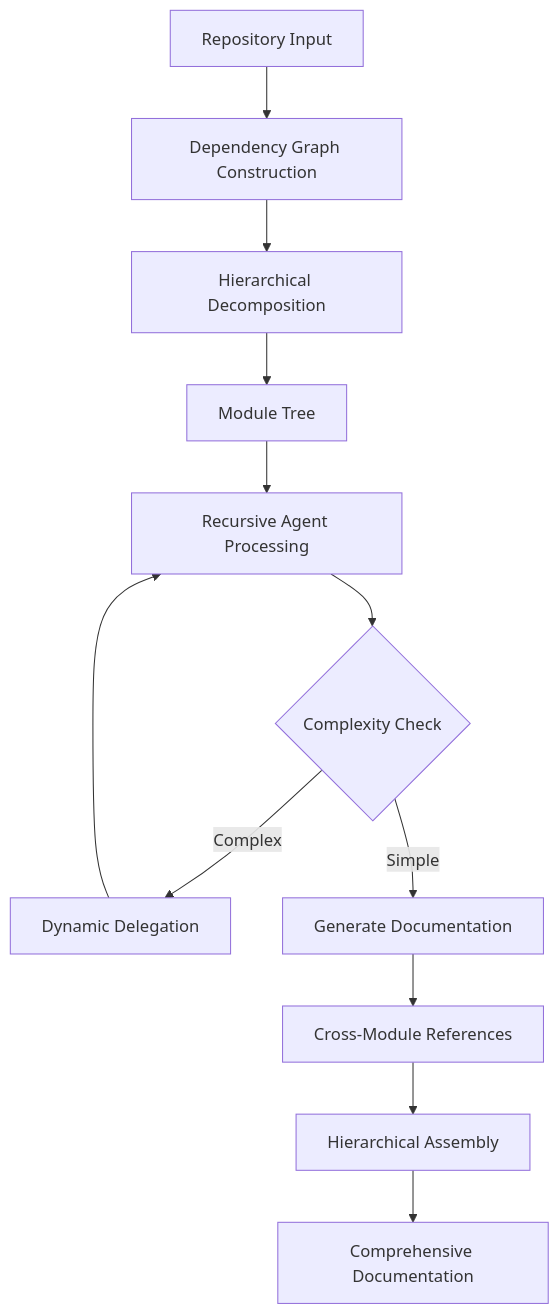
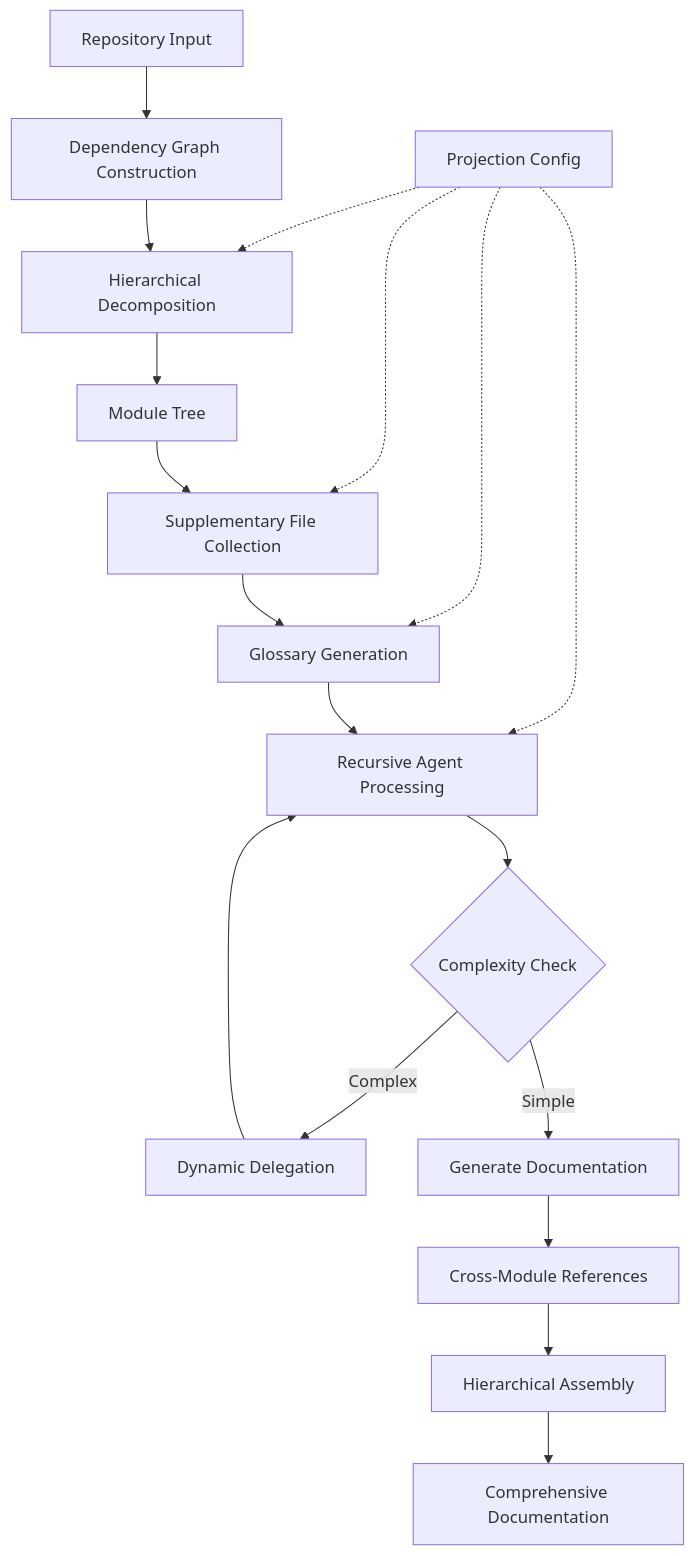
Before and after one commit to aniruddha-adhikary/CodeWiki: the diagram in DEVELOPMENT.md, drawn with Mermaid. The commit also changed other lines of this file and 1 other file, not shown here.

First line of the commit message:
docs: add projection framework documentation and update fork references

````diff
--- a/DEVELOPMENT.md
+++ b/DEVELOPMENT.md
@@ -244,14 +312,20 @@
 ```mermaid
 graph TB
     A[Repository Input] --> B[Dependency Graph Construction]
+    P[Projection Config] -.-> C
+    P -.-> S
+    P -.-> GL
+    P -.-> E
     B --> C[Hierarchical Decomposition]
     C --> D[Module Tree]
-    D --> E[Recursive Agent Processing]
+    D --> S[Supplementary File Collection]
+    S --> GL[Glossary Generation]
+    GL --> E[Recursive Agent Processing]
     E --> F{Complexity Check}
     F -->|Complex| G[Dynamic Delegation]
     F -->|Simple| H[Generate Documentation]
     G --> E
     H --> I[Cross-Module References]
     I --> J[Hierarchical Assembly]
     J --> K[Comprehensive Documentation]
 ```
````
